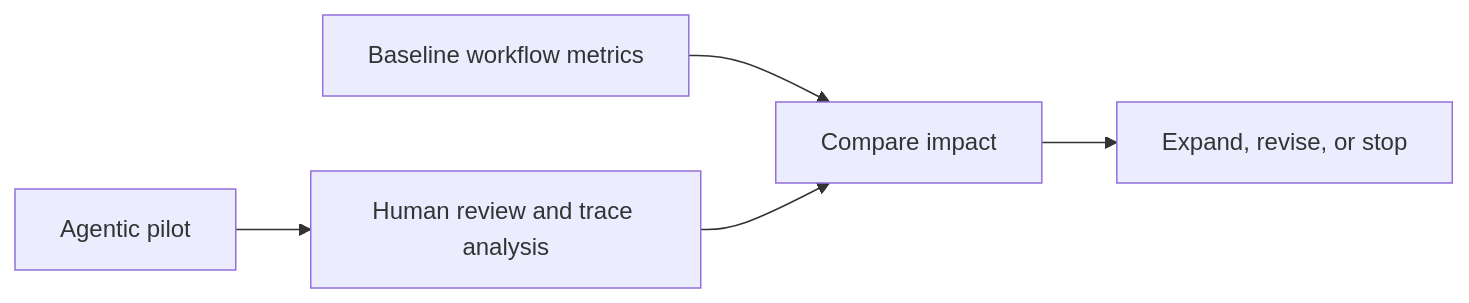
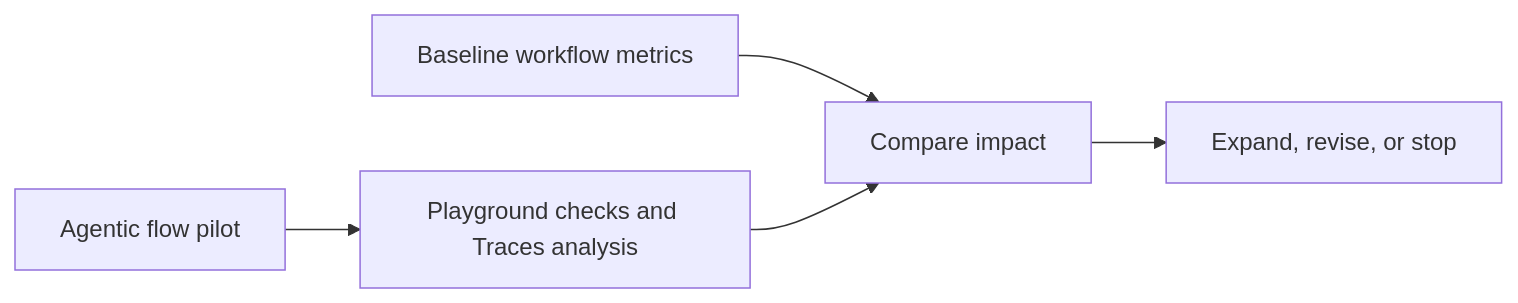
Before and after one commit to naren-allam/agents-beginners: the tenth of 13 diagrams in book/chapters/chapter-05-transitioning-from-traditional-engineering-to-agentic-ai.md, drawn with Mermaid. The commit also changed other lines of this file and 28 other files, not shown here.

````diff
--- a/book/chapters/chapter-05-transitioning-from-traditional-engineering-to-agentic-ai.md
+++ b/book/chapters/chapter-05-transitioning-from-traditional-engineering-to-agentic-ai.md
@@ -335,13 +390,13 @@
 ```mermaid
 flowchart LR
     Baseline["Baseline workflow metrics"]
-    Pilot["Agentic pilot"]
-    Review["Human review and trace analysis"]
+    Pilot["Agentic flow pilot"]
+    Review["Playground checks and Traces analysis"]
     Compare["Compare impact"]
     Decision["Expand, revise, or stop"]
 
     Baseline --> Compare
     Pilot --> Review
     Review --> Compare
     Compare --> Decision
 ```
````
